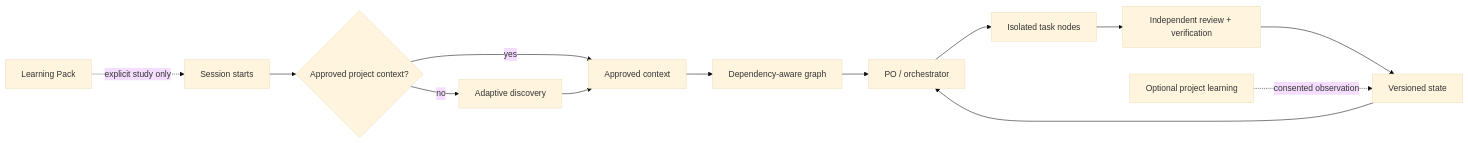
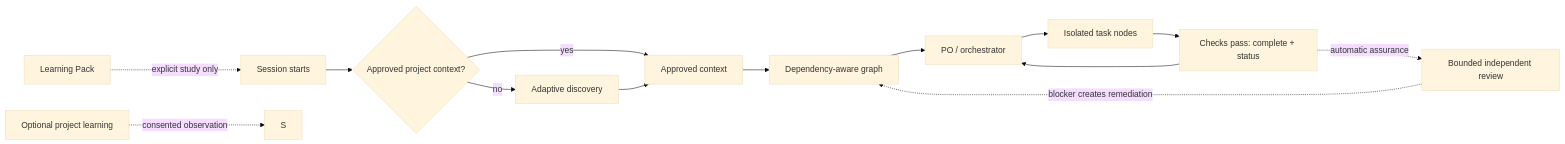
The diagram in README.md (Eduardo-Salvador/Agent-Harness-Kit), drawn with Mermaid (base theme) before and after one commit. The commit also changed other lines of this file and 67 other files, not shown here.

````diff
--- a/README.md
+++ b/README.md
@@ -77,14 +98,15 @@
 ```mermaid
 flowchart LR
     H[Session starts] --> I{Approved project context?}
     I -- no --> D[Adaptive discovery]
-    I -- yes --> C[Approved context]
-    D --> C --> G[Dependency-aware graph]
+    I -- yes --> A[Approved context]
+    D --> A --> G[Dependency-aware graph]
     G --> O[PO / orchestrator]
     O --> W[Isolated task nodes]
-    W --> V[Independent review + verification]
-    V --> S[Versioned state]
-    S --> O
+    W --> X[Checks pass: complete + status]
+    X --> O
+    X -. automatic assurance .-> V[Bounded independent review]
+    V -. blocker creates remediation .-> G
     L[Optional project learning] -. consented observation .-> S
     P[Learning Pack] -. explicit study only .-> H
 ```
````
